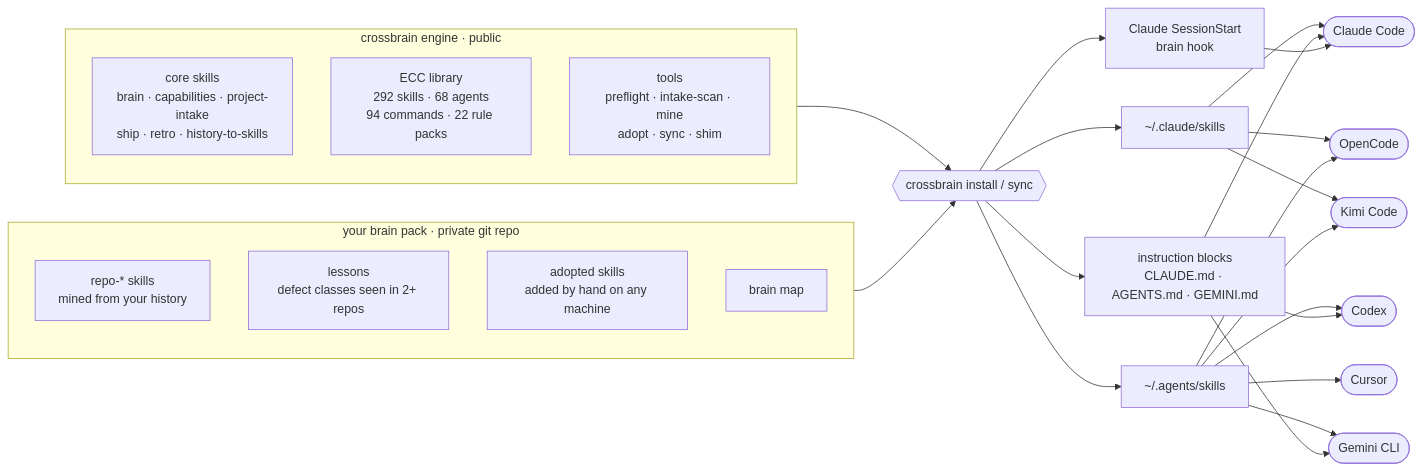
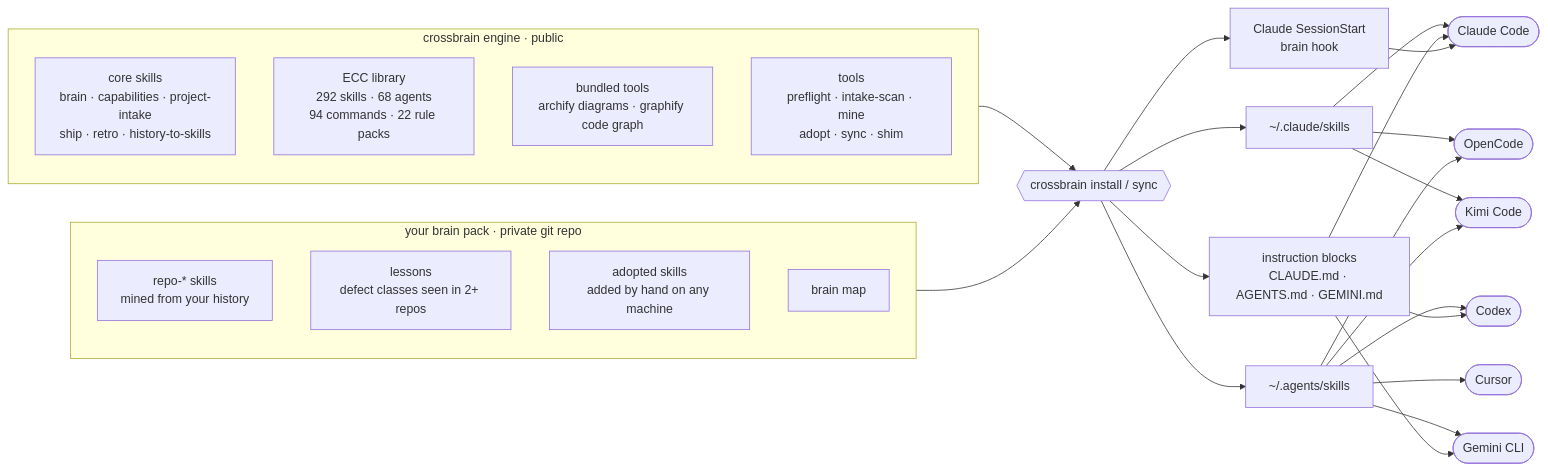
Before and after one commit to imodoiepale/crossbrain: the first of 8 diagrams in README.md, drawn with Mermaid. The commit also changed other lines of this file and 204 other files, not shown here.

````diff
--- a/README.md
+++ b/README.md
@@ -105,30 +113,31 @@
 ```mermaid
 flowchart LR
   subgraph ENGINE["crossbrain engine · public"]
     direction TB
     S1["core skills<br/>brain · capabilities · project-intake<br/>ship · retro · history-to-skills"]
     S2["ECC library<br/>292 skills · 68 agents<br/>94 commands · 22 rule packs"]
+    S3["bundled tools<br/>archify diagrams · graphify code graph"]
     T["tools<br/>preflight · intake-scan · mine<br/>adopt · sync · shim"]
   end
 
   subgraph PACK["your brain pack · private git repo"]
     direction TB
     P1["repo-* skills<br/>mined from your history"]
     P2["lessons<br/>defect classes seen in 2+ repos"]
     P3["adopted skills<br/>added by hand on any machine"]
     P4["brain map"]
   end
 
   ENGINE --> I{{"crossbrain install / sync"}}
   PACK --> I
 
   I --> C1["~/.claude/skills"]
   I --> C2["~/.agents/skills"]
   I --> C3["instruction blocks<br/>CLAUDE.md · AGENTS.md · GEMINI.md"]
   I --> C4["Claude SessionStart<br/>brain hook"]
 
   C1 --> A1([Claude Code]) & A5([OpenCode]) & A6([Kimi Code])
   C2 --> A2([Codex]) & A3([Cursor]) & A4([Gemini CLI]) & A5 & A6
   C3 --> A1 & A2 & A4
   C4 --> A1
 ```
````
